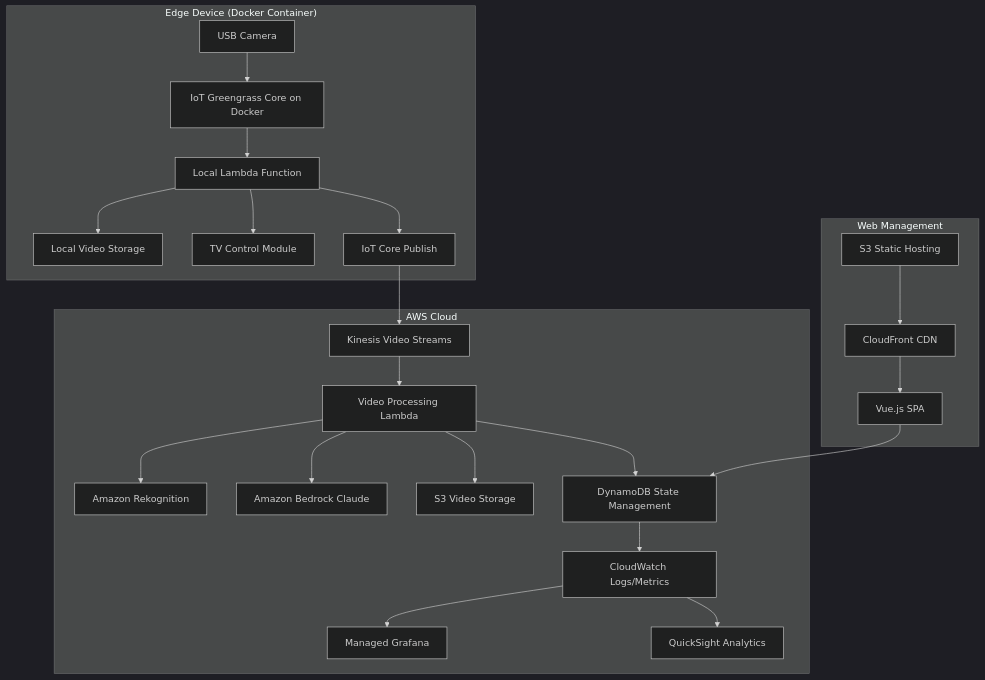
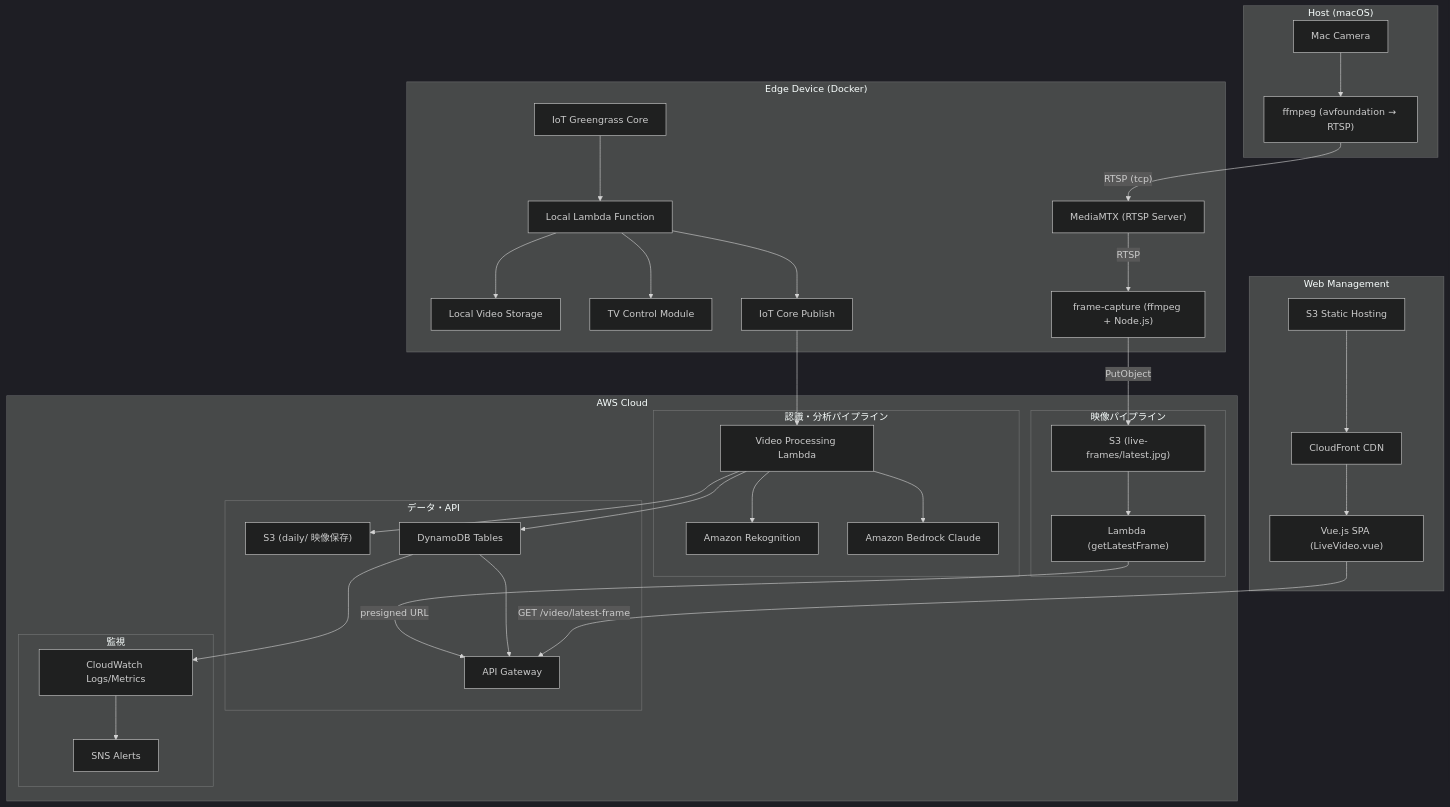
Before and after one commit to ikeom-je/NoEatToStop: the diagram in .kiro/specs/design.md, drawn with Mermaid (dark theme). The commit also changed other lines of this file and 1 other file, not shown here.

First line of the commit message:
docs: update architecture diagrams for live video pipeline

````diff
--- a/.kiro/specs/design.md
+++ b/.kiro/specs/design.md
@@ -14,50 +16,70 @@
 ```mermaid
 graph TB
-    subgraph "Edge Device (Docker Container)"
-        Camera[USB Camera]
-        GG[IoT Greengrass Core on Docker]
+    subgraph "Host (macOS)"
+        MacCamera[Mac Camera]
+        FFmpegHost["ffmpeg (avfoundation → RTSP)"]
+    end
+
+    subgraph "Edge Device (Docker)"
+        GG[IoT Greengrass Core]
         LocalLambda[Local Lambda Function]
         LocalStorage[Local Video Storage]
         TVControl[TV Control Module]
         IoTCorePub[IoT Core Publish]
+        MediaMTX["MediaMTX (RTSP Server)"]
+        FrameCapture["frame-capture (ffmpeg + Node.js)"]
     end
-    
+
     subgraph "AWS Cloud"
-        KVS[Kinesis Video Streams]
-        Rekognition[Amazon Rekognition]
-        Bedrock[Amazon Bedrock Claude]
-        ProcessingLambda[Video Processing Lambda]
-        S3Video[S3 Video Storage]
-        DynamoDB[DynamoDB State Management]
-        CloudWatch[CloudWatch Logs/Metrics]
-        Grafana[Managed Grafana]
-        QuickSight[QuickSight Analytics]
+        subgraph "映像パイプライン"
+            S3Live["S3 (live-frames/latest.jpg)"]
+            FrameLambda["Lambda (getLatestFrame)"]
+        end
+        subgraph "認識・分析パイプライン"
+            Rekognition[Amazon Rekognition]
+            Bedrock[Amazon Bedrock Claude]
+            ProcessingLambda[Video Processing Lambda]
+        end
+        subgraph "データ・API"
+            S3Video["S3 (daily/ 映像保存)"]
+            DynamoDB[DynamoDB Tables]
+            APIGateway[API Gateway]
+        end
+        subgraph "監視"
+            CloudWatch[CloudWatch Logs/Metrics]
+            SNS[SNS Alerts]
+        end
     end
-    
+
     subgraph "Web Management"
+        CloudFront[CloudFront CDN]
         S3Web[S3 Static Hosting]
-        CloudFront[CloudFront CDN]
-        VueApp[Vue.js SPA]
+        VueApp["Vue.js SPA (LiveVideo.vue)"]
     end
-    
-    Camera --> GG
+
+    MacCamera --> FFmpegHost
+    FFmpegHost -->|"RTSP (tcp)"| MediaMTX
+    MediaMTX -->|RTSP| FrameCapture
+    FrameCapture -->|"PutObject"| S3Live
+
     GG --> LocalLambda
     LocalLambda --> LocalStorage
     LocalLambda --> TVControl
     LocalLambda --> IoTCorePub
-    IoTCorePub --> KVS
-    
-    KVS --> ProcessingLambda
+    IoTCorePub --> ProcessingLambda
+
     ProcessingLambda --> Rekognition
     ProcessingLambda --> Bedrock
     ProcessingLambda --> S3Video
     ProcessingLambda --> DynamoDB
-    
+
+    S3Live --> FrameLambda
+    FrameLambda -->|"presigned URL"| APIGateway
+    DynamoDB --> APIGateway
     DynamoDB --> CloudWatch
-    CloudWatch --> Grafana
-    CloudWatch --> QuickSight
-    
+    CloudWatch --> SNS
+
     S3Web --> CloudFront
     CloudFront --> VueApp
-    VueApp --> DynamoDB
+    VueApp -->|"GET /video/latest-frame"| APIGateway
 ```
````
